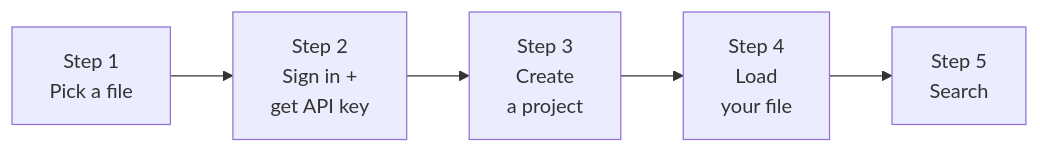
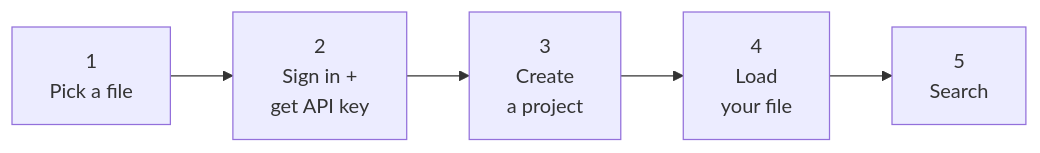
One commit to Kurious-AI/getting-started changed the first of 2 diagrams in README.md. Above: the diagram before and after it, drawn with Mermaid. The commit also changed other lines of this file, not shown here.

Commit message:
Restructure for scannability: badges, TOC, tighter step intros, descriptive collapse labels

````diff
--- a/README.md
+++ b/README.md
@@ -77,4 +110,4 @@
 ```mermaid
 flowchart LR
-    A[Step 1<br/>Pick a file] --> B[Step 2<br/>Sign in +<br/>get API key] --> C[Step 3<br/>Create<br/>a project] --> D[Step 4<br/>Load<br/>your file] --> E[Step 5<br/>Search]
+    A[1<br/>Pick a file] --> B[2<br/>Sign in +<br/>get API key] --> C[3<br/>Create<br/>a project] --> D[4<br/>Load<br/>your file] --> E[5<br/>Search]
 ```
````
